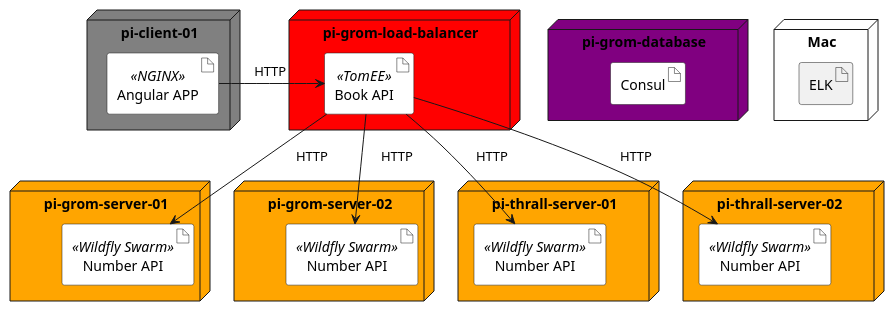
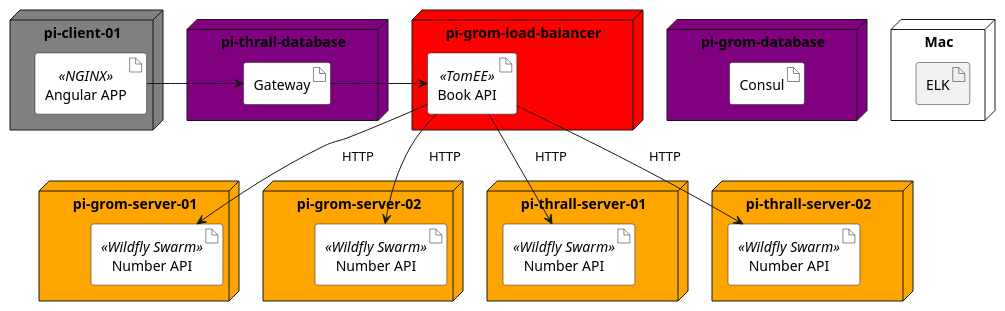
The diagram in slides/src/main/plantuml/security-architecture.puml (agoncal/baking-microservice-pie), drawn with PlantUML before and after one commit. The commit also changed 2 other files, not shown here.

```diff
--- a/slides/src/main/plantuml/security-architecture.puml
+++ b/slides/src/main/plantuml/security-architecture.puml
@@ -1,40 +1,45 @@
 @startuml
 
 node "pi-client-01" as piclient #grey {
     artifact "Angular APP" <<NGINX>> as angular #white
 }
 
 node "pi-grom-server-01" as piserver1 #orange {
     artifact "Number API" <<Wildfly Swarm>> as numberapi #white
 }
 
 node "pi-grom-server-02" as piserver2 #orange {
     artifact "Number API" <<Wildfly Swarm>> as numberapi2 #white
 }
 
 node "pi-thrall-server-01" as piserver3 #orange {
     artifact "Number API" <<Wildfly Swarm>> as numberapi3 #white
 }
 
 node "pi-thrall-server-02" as piserver4 #orange {
     artifact "Number API" <<Wildfly Swarm>> as numberapi4 #white
 }
 
 node "pi-grom-load-balancer" as piserver5 #red {
     artifact "Book API" <<TomEE>> as bookapi #white
 }
 
 node "pi-grom-database" as piregistry #purple {
     artifact "Consul" as consule #white
 }
 
+node "pi-thrall-database" as pitag #purple {
+    artifact "Gateway" as gateway #white
+}
+
 node "Mac" as mac {
     artifact "ELK" as elk
 }
 
-angular -> bookapi: "     HTTP      "
+angular -> gateway
+gateway -> bookapi
 bookapi --> numberapi: "     HTTP      "
 bookapi --> numberapi2: "     HTTP      "
 bookapi --> numberapi3: "     HTTP      "
 bookapi --> numberapi4: "     HTTP      "
 @enduml
```
